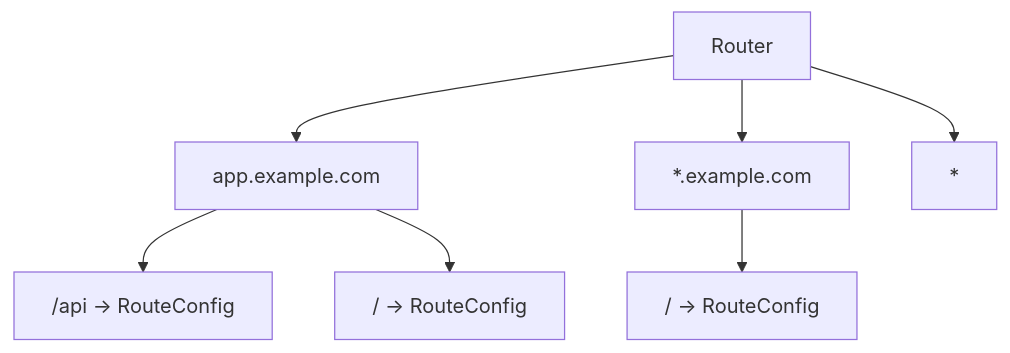
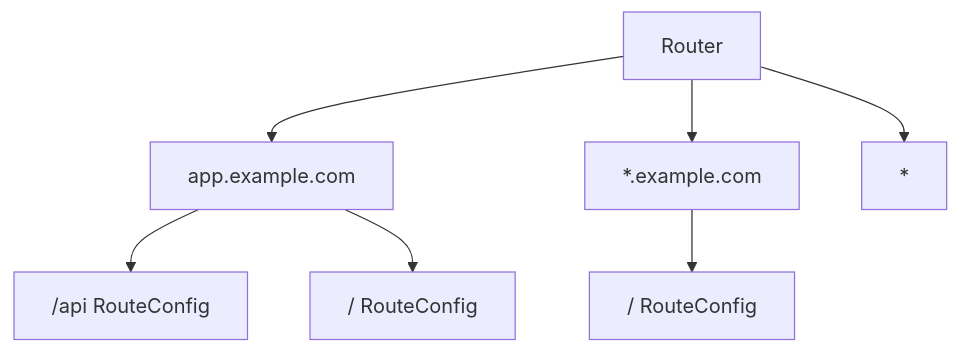
One commit to cagojeiger/drp changed the second of 6 diagrams in docs/architecture/bridge-layer.md. Above: the diagram before and after it, drawn with Mermaid. The commit also changed other lines of this file and 3 other files, not shown here.

First line of the commit message:
fix(docs): rewrite all Mermaid diagrams for VS Code compatibility

````diff
--- a/docs/architecture/bridge-layer.md
+++ b/docs/architecture/bridge-layer.md
@@ -50,11 +48,11 @@
 ```mermaid
 graph TD
-    Router[Router]
+    Router["Router"]
     Router --> D1["app.example.com"]
     Router --> D2["*.example.com"]
     Router --> D3["*"]
 
-    D1 --> R1["/api → RouteConfig"]
-    D1 --> R2["/ → RouteConfig"]
-    D2 --> R3["/ → RouteConfig"]
+    D1 --> R1["/api RouteConfig"]
+    D1 --> R2["/ RouteConfig"]
+    D2 --> R3["/ RouteConfig"]
 ```
````
